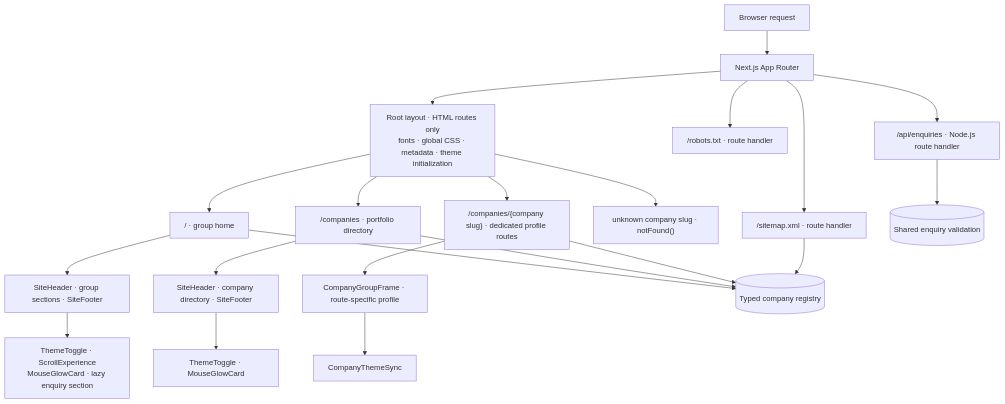
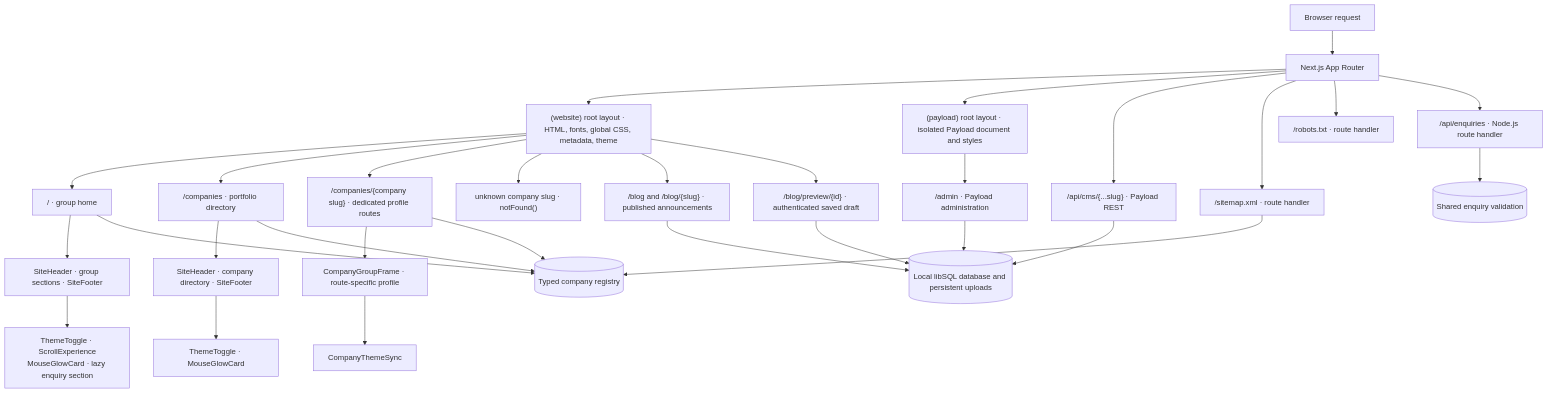
One commit to haris936hk/Goodman-Group changed the first of 4 diagrams in README.md. Above: the diagram before and after it, drawn with Mermaid. The commit also changed other lines of this file and 410 other files, not shown here.

````diff
--- a/README.md
+++ b/README.md
@@ -17,27 +17,36 @@
 ```mermaid
 flowchart TB
   Visitor[Browser request] --> Router[Next.js App Router]
-  Router --> Layout["Root layout · HTML routes only<br/>fonts · global CSS · metadata · theme initialization"]
+  Router --> WebsiteRoot["(website) root layout · HTML, fonts, global CSS, metadata, theme"]
+  Router --> PayloadRoot["(payload) root layout · isolated Payload document and styles"]
 
-  Layout --> Home["/ · group home"]
-  Layout --> Directory["/companies · portfolio directory"]
-  Layout --> Profile["/companies/{company slug} · dedicated profile routes"]
-  Layout --> Unknown["unknown company slug · notFound()"]
+  WebsiteRoot --> Home["/ · group home"]
+  WebsiteRoot --> Directory["/companies · portfolio directory"]
+  WebsiteRoot --> Profile["/companies/{company slug} · dedicated profile routes"]
+  WebsiteRoot --> Unknown["unknown company slug · notFound()"]
+  WebsiteRoot --> Blog["/blog and /blog/{slug} · published announcements"]
+  WebsiteRoot --> Preview["/blog/preview/{id} · authenticated saved draft"]
+  PayloadRoot --> Admin["/admin · Payload administration"]
+  Router --> CMSAPI["/api/cms/{...slug} · Payload REST"]
+  Blog --> CMSData[(Local libSQL database and persistent uploads)]
+  Preview --> CMSData
+  Admin --> CMSData
+  CMSAPI --> CMSData
   Router --> Sitemap["/sitemap.xml · route handler"]
   Router --> Robots["/robots.txt · route handler"]
   Router --> EnquiryAPI["/api/enquiries · Node.js route handler"]
 
   Home --> HomeShell[SiteHeader · group sections · SiteFooter]
   Directory --> DirectoryShell[SiteHeader · company directory · SiteFooter]
   Profile --> GroupFrame[CompanyGroupFrame · route-specific profile]
 
   HomeShell --> HomeClients["ThemeToggle · ScrollExperience<br/>MouseGlowCard · lazy enquiry section"]
   DirectoryShell --> DirectoryClients[ThemeToggle · MouseGlowCard]
   GroupFrame --> CompanyTheme[CompanyThemeSync]
 
   Home --> Registry[(Typed company registry)]
   Directory --> Registry
   Profile --> Registry
   Sitemap --> Registry
   EnquiryAPI --> Validation[(Shared enquiry validation)]
 ```
````
